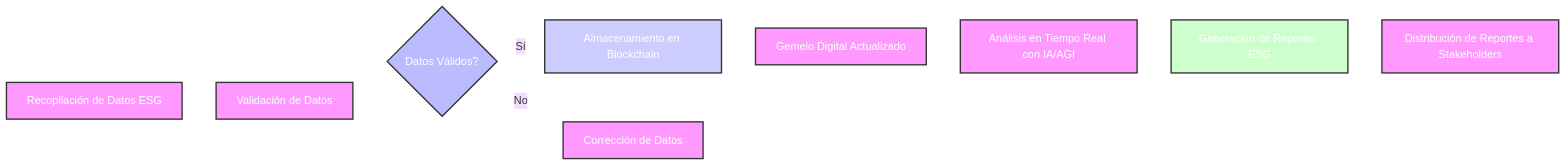
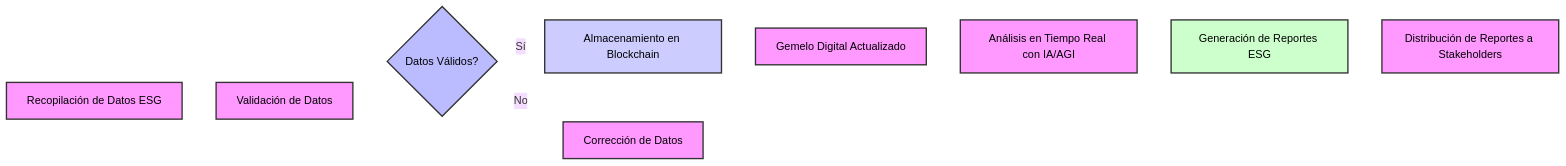
Before and after one commit to Robbbo-T/GAIA-AIR: the second of 2 diagrams in mermaid-js/     docs/mermaid.md, drawn with Mermaid.

````diff
--- a/mermaid-js/     docs/mermaid.md
+++ b/mermaid-js/     docs/mermaid.md
@@ -35,17 +35,17 @@
 ```mermaid
 %%{init: {'theme': 'base', 'themeVariables': {'background': '#000000', 'fontSize': '16px'}}}%%
 flowchart LR
-    classDef proceso fill:#f9f,stroke:#333,stroke-width:2px,color:#FFFFFF;
-    classDef decision fill:#bbf,stroke:#333,stroke-width:2px,color:#FFFFFF;
-    classDef almacenamiento fill:#ccf,stroke:#333,stroke-width:2px,color:#FFFFFF;
-    classDef reporte fill:#cfc,stroke:#333,stroke-width:2px,color:#FFFFFF;
+    classDef proceso fill:#f9f,stroke:#333,stroke-width:2px,color:#000000;
+    classDef decision fill:#bbf,stroke:#333,stroke-width:2px,color:#000000;
+    classDef almacenamiento fill:#ccf,stroke:#333,stroke-width:2px,color:#000000;
+    classDef reporte fill:#cfc,stroke:#333,stroke-width:2px,color:#000000;
 
     A[Recopilación de Datos ESG]:::proceso --> B[Validación de Datos]:::proceso
     B --> C{Datos Válidos?}:::decision
     C -->|Sí| D[Almacenamiento en Blockchain]:::almacenamiento
     C -->|No| E[Corrección de Datos]:::proceso --> B
     D --> F[Gemelo Digital Actualizado]:::proceso
     F --> G[Análisis en Tiempo Real con IA/AGI]:::proceso
     G --> H[Generación de Reportes ESG]:::reporte
     H --> I[Distribución de Reportes a Stakeholders]:::proceso
 ```
````
